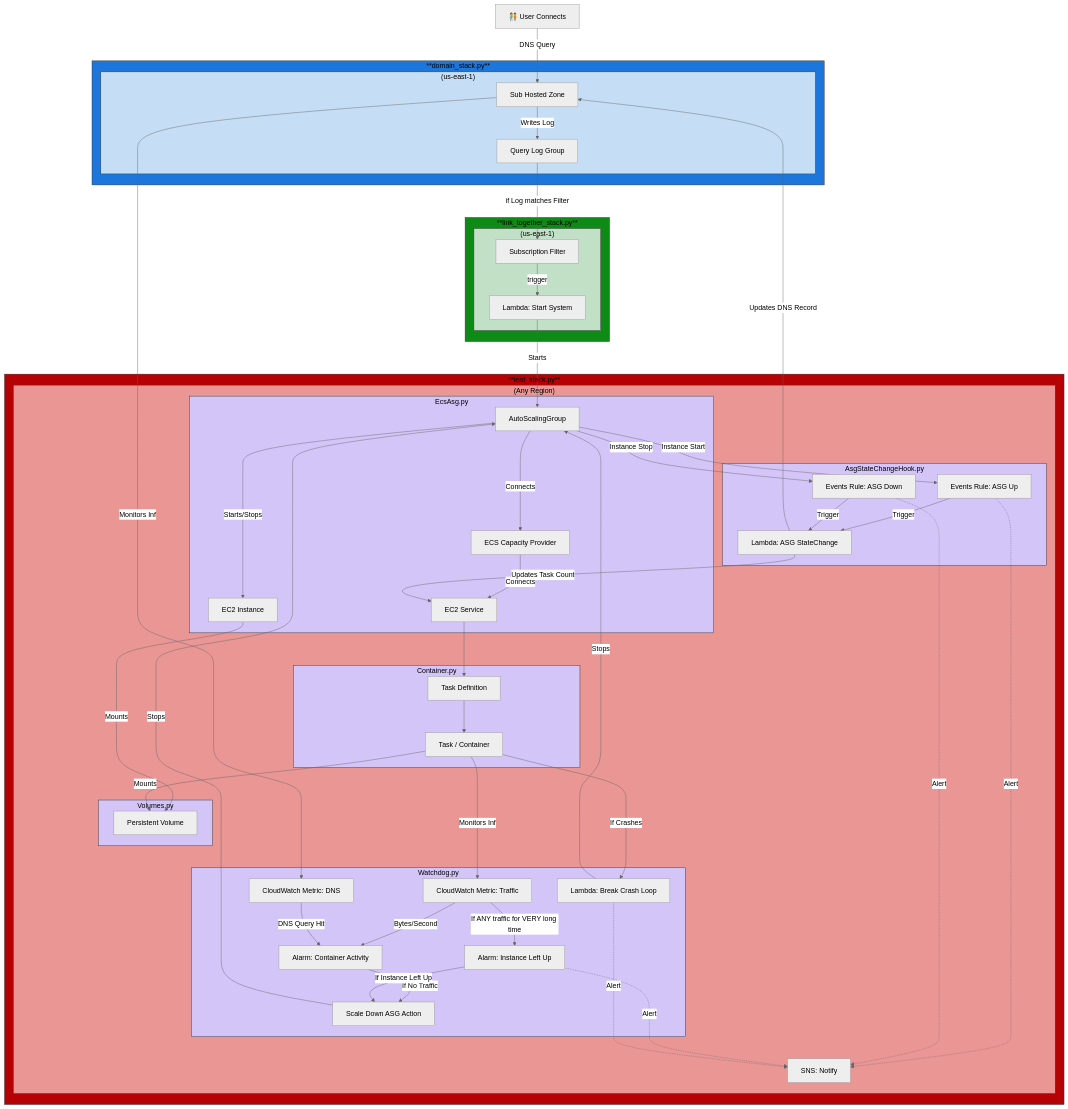
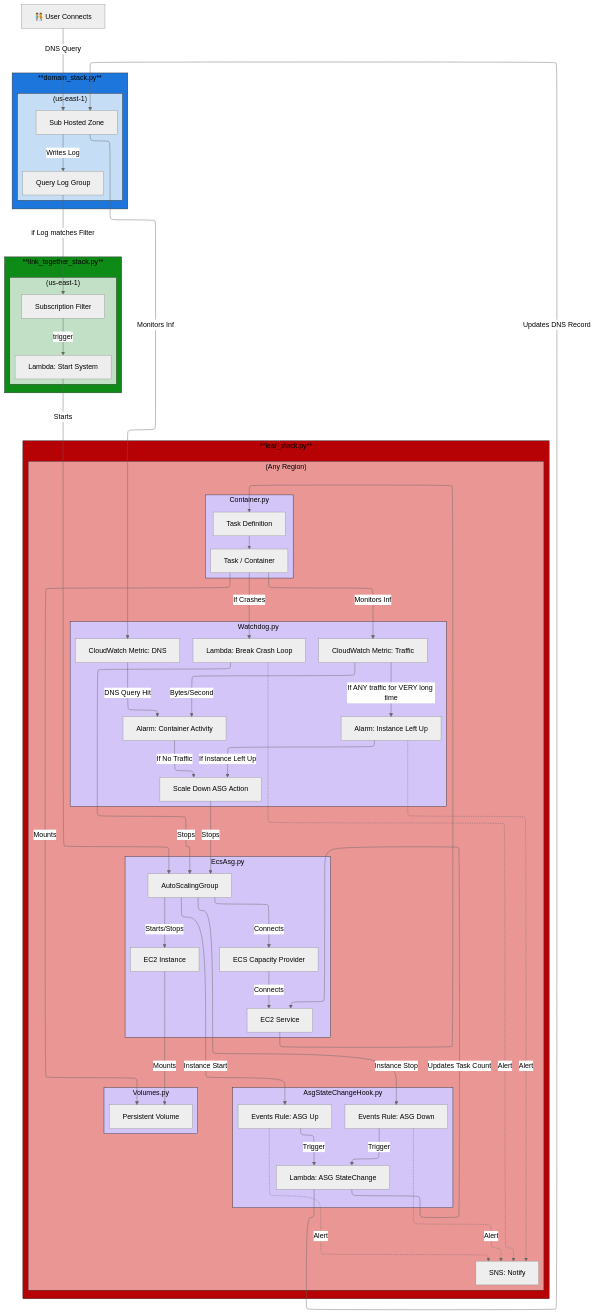
The diagram in ContainerManager/leaf_stack/README.md (Cameronsplaze/AWS-ContainerManager), drawn with Mermaid (neutral theme) before and after one commit.

Commit message:
Does github support elk?

````diff
--- a/ContainerManager/leaf_stack/README.md
+++ b/ContainerManager/leaf_stack/README.md
@@ -11,5 +11,6 @@
 ```mermaid
 %% Solid docs on Mermaid: https://content.mermaidchart.com/diagram-syntax/flowchart/
+%%{init: {"flowchart": {'defaultRenderer': 'elk'}}}%%
 flowchart TD
     %% Colors:
     %% fill=background, color=font, stroke=border
````
